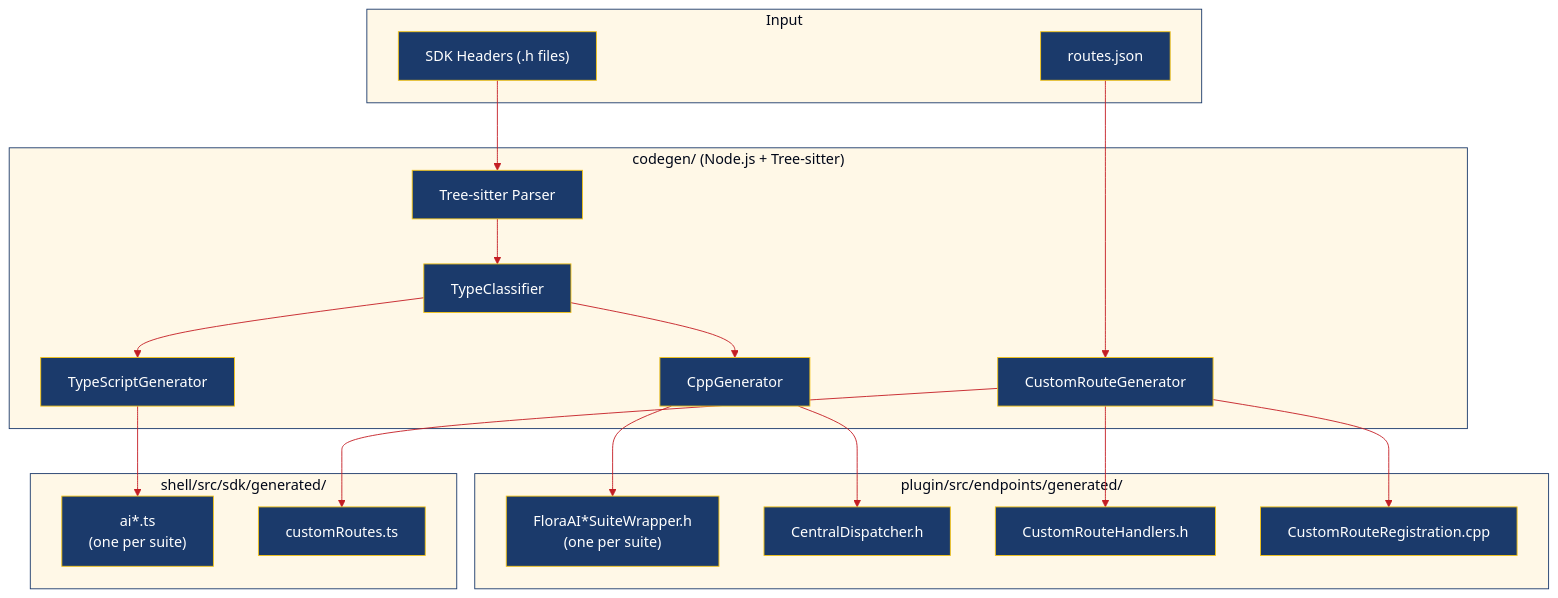
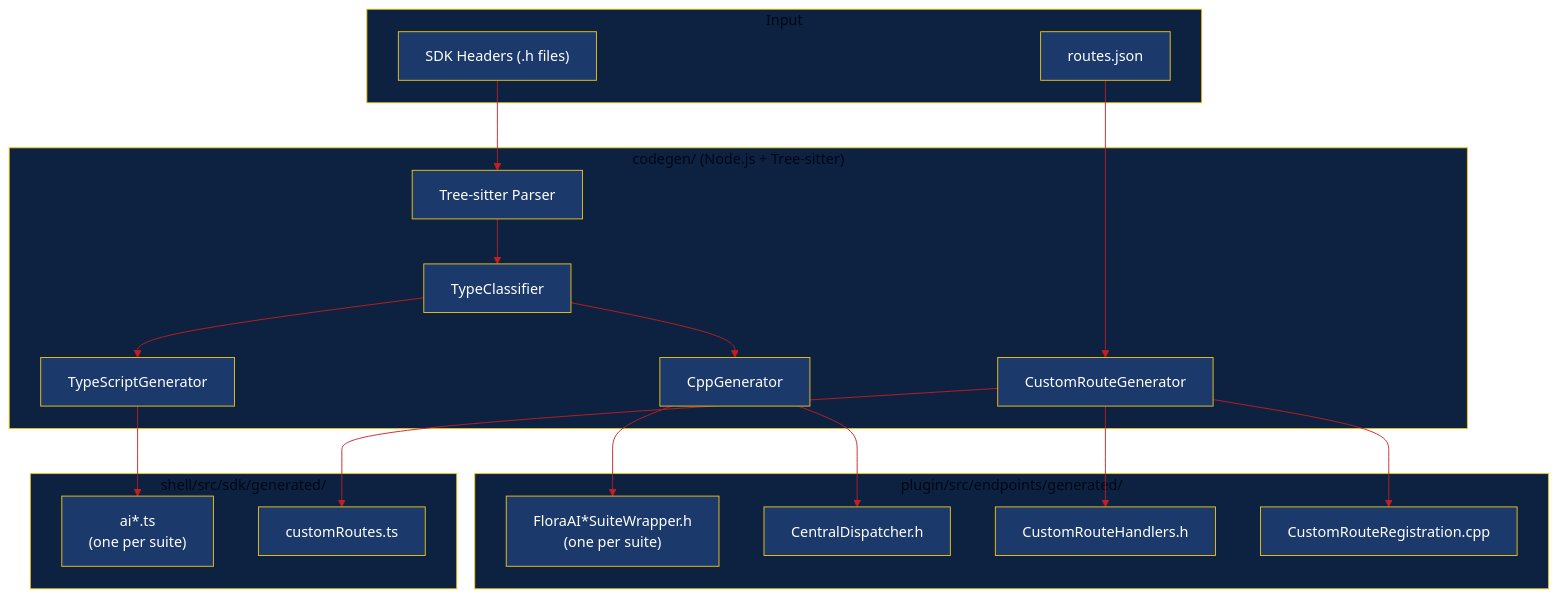
One commit to ByteBard97/nuxp changed the third of 4 diagrams in docs/ARCHITECTURE.md. Above: the diagram before and after it, drawn with Mermaid. The commit also changed other lines of this file and 1 other file, not shown here.

First line of the commit message:
docs: fix diagram colors for dark theme readability

````diff
--- a/docs/ARCHITECTURE.md
+++ b/docs/ARCHITECTURE.md
@@ -202,50 +203,50 @@
 ```mermaid
 %%{init: {'theme': 'base', 'themeVariables': {
   'primaryColor': '#1B3A6B',
   'primaryTextColor': '#FFFFFF',
   'primaryBorderColor': '#F5C518',
   'lineColor': '#C41E24',
   'secondaryColor': '#F5C518',
   'tertiaryColor': '#FFF8E7',
-  'clusterBkg': '#FFF8E7',
-  'clusterBorder': '#1B3A6B'
+  'clusterBkg': '#0D2240',
+  'clusterBorder': '#F5C518'
 }}}%%
 flowchart TB
     subgraph Input
         SDK["SDK Headers (.h files)"]
         Routes["routes.json"]
     end
 
     subgraph Codegen["codegen/ (Node.js + Tree-sitter)"]
         Parser["Tree-sitter Parser"]
         TC["TypeClassifier"]
         CppGen["CppGenerator"]
         TsGen["TypeScriptGenerator"]
         CRGen["CustomRouteGenerator"]
     end
 
     subgraph Output_CPP["plugin/src/endpoints/generated/"]
         Wrappers["FloraAI*SuiteWrapper.h\n(one per suite)"]
         Central["CentralDispatcher.h"]
         CRHandlers["CustomRouteHandlers.h"]
         CRReg["CustomRouteRegistration.cpp"]
     end
 
     subgraph Output_TS["shell/src/sdk/generated/"]
         TsClients["ai*.ts\n(one per suite)"]
         TsCustom["customRoutes.ts"]
     end
 
     SDK --> Parser
     Parser --> TC
     TC --> CppGen
     TC --> TsGen
     CppGen --> Wrappers
     CppGen --> Central
     TsGen --> TsClients
 
     Routes --> CRGen
     CRGen --> CRHandlers
     CRGen --> CRReg
     CRGen --> TsCustom
 ```
````
